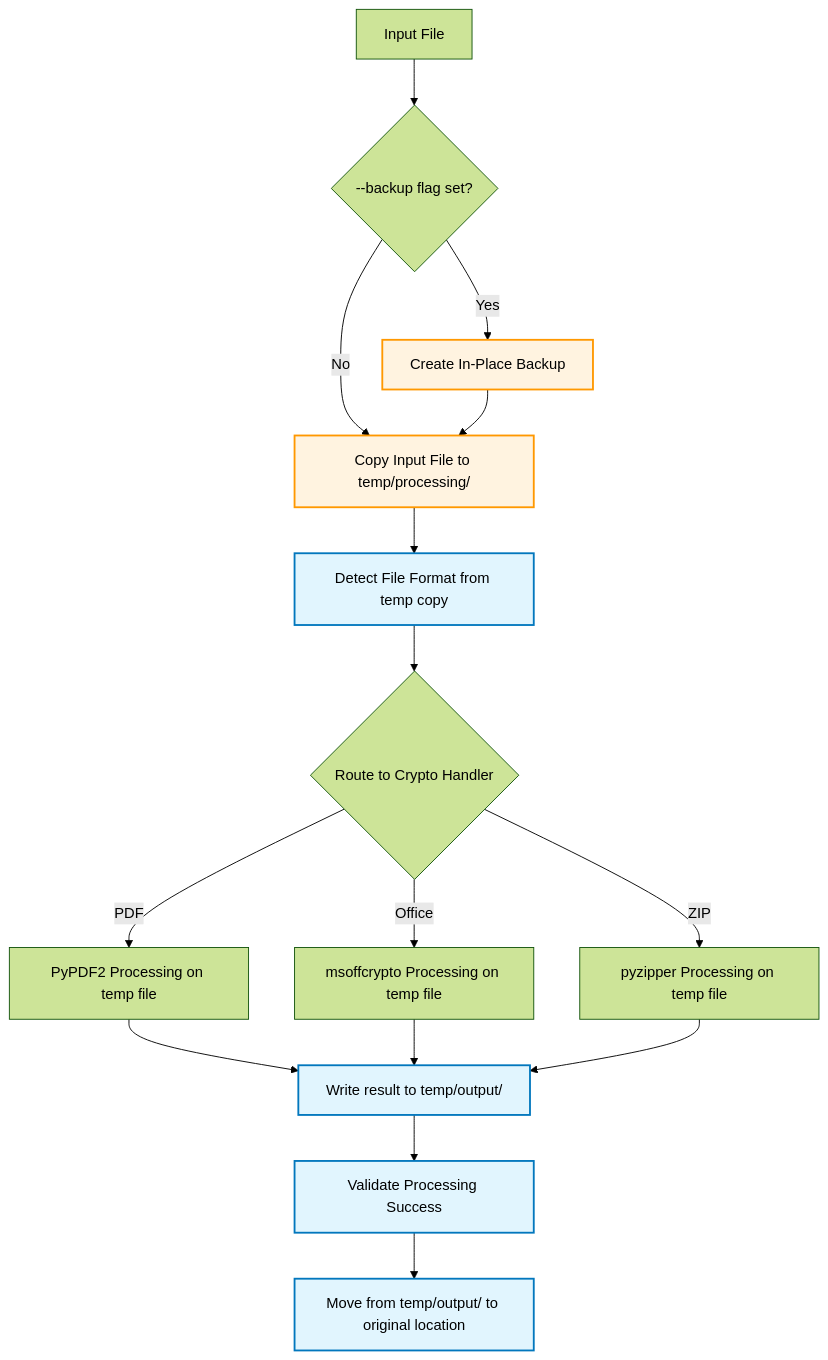
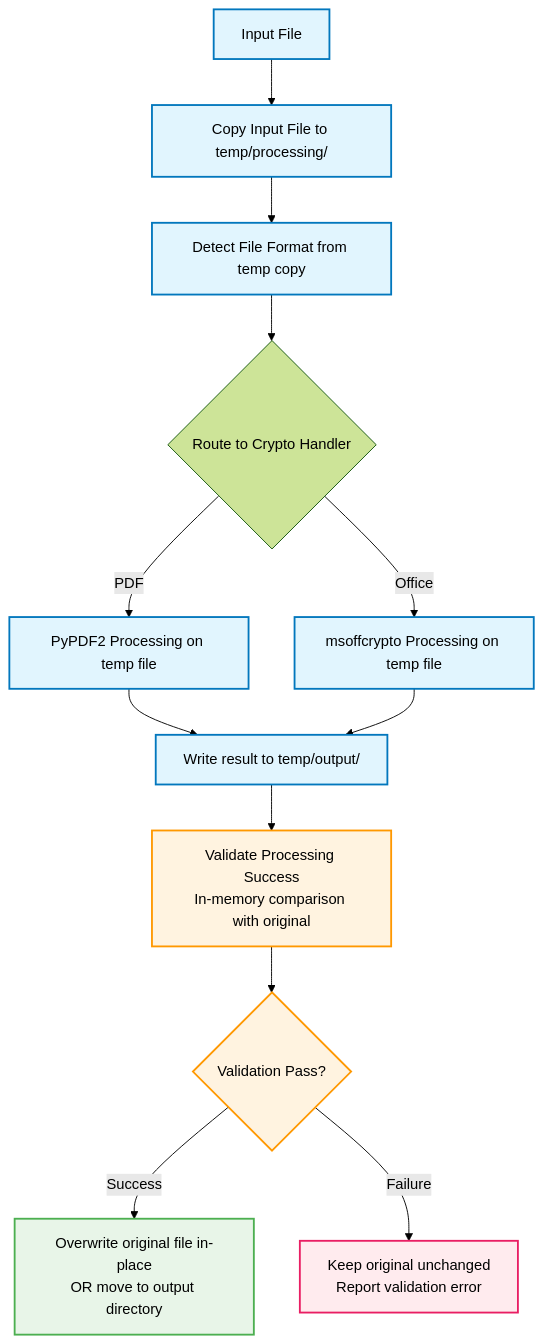
The fourth of 12 diagrams in dev/fastpass_business_logic.md (tenpainator/fast_pass), drawn with Mermaid (forest theme) before and after one commit. The commit also changed other lines of this file and 1 other file, not shown here.

First line of the commit message:
Remove ZIP support, backup functionality, and password reuse pool

````diff
--- a/dev/fastpass_business_logic.md
+++ b/dev/fastpass_business_logic.md
@@ -91,26 +170,28 @@
 ```mermaid
 flowchart TD
-    FileInput[Input File] --> CheckBackup{--backup flag set?}
-    CheckBackup -->|Yes| CreateBackup[Create In-Place Backup]
-    CheckBackup -->|No| MoveToTemp[Copy Input File to temp/processing/]
-    CreateBackup --> MoveToTemp
-    
+    FileInput[Input File] --> MoveToTemp[Copy Input File to temp/processing/]
     MoveToTemp --> DetectFormat[Detect File Format from temp copy]
     DetectFormat --> RouteToHandler{Route to Crypto Handler}
     
     RouteToHandler -->|PDF| PDFProcess[PyPDF2 Processing on temp file]
     RouteToHandler -->|Office| OfficeProcess[msoffcrypto Processing on temp file]
-    RouteToHandler -->|ZIP| ZipProcess[pyzipper Processing on temp file]
     
     PDFProcess --> TempOutput[Write result to temp/output/]
     OfficeProcess --> TempOutput
-    ZipProcess --> TempOutput
     
-    TempOutput --> ValidateOutput[Validate Processing Success]
-    ValidateOutput --> FinalLocation[Move from temp/output/ to original location]
+    TempOutput --> ValidateOutput[Validate Processing Success<br/>In-memory comparison with original]
+    ValidateOutput --> ValidationResult{Validation Pass?}
+    
+    ValidationResult -->|Success| FinalLocation[Overwrite original file in-place<br/>OR move to output directory]
+    ValidationResult -->|Failure| KeepOriginal[Keep original unchanged<br/>Report validation error]
     
     classDef processStep fill:#e1f5fe,stroke:#0277bd,stroke-width:2px
-    classDef backupStep fill:#fff3e0,stroke:#ff9800,stroke-width:2px
-    class DetectFormat,TempOutput,ValidateOutput,FinalLocation processStep
-    class CreateBackup,MoveToTemp backupStep
+    classDef validationStep fill:#fff3e0,stroke:#ff9800,stroke-width:2px
+    classDef successStep fill:#e8f5e8,stroke:#4caf50,stroke-width:2px
+    classDef errorStep fill:#ffebee,stroke:#e91e63,stroke-width:2px
+    
+    class FileInput,MoveToTemp,DetectFormat,PDFProcess,OfficeProcess,TempOutput processStep
+    class ValidateOutput,ValidationResult validationStep
+    class FinalLocation successStep
+    class KeepOriginal errorStep
 ```
````
